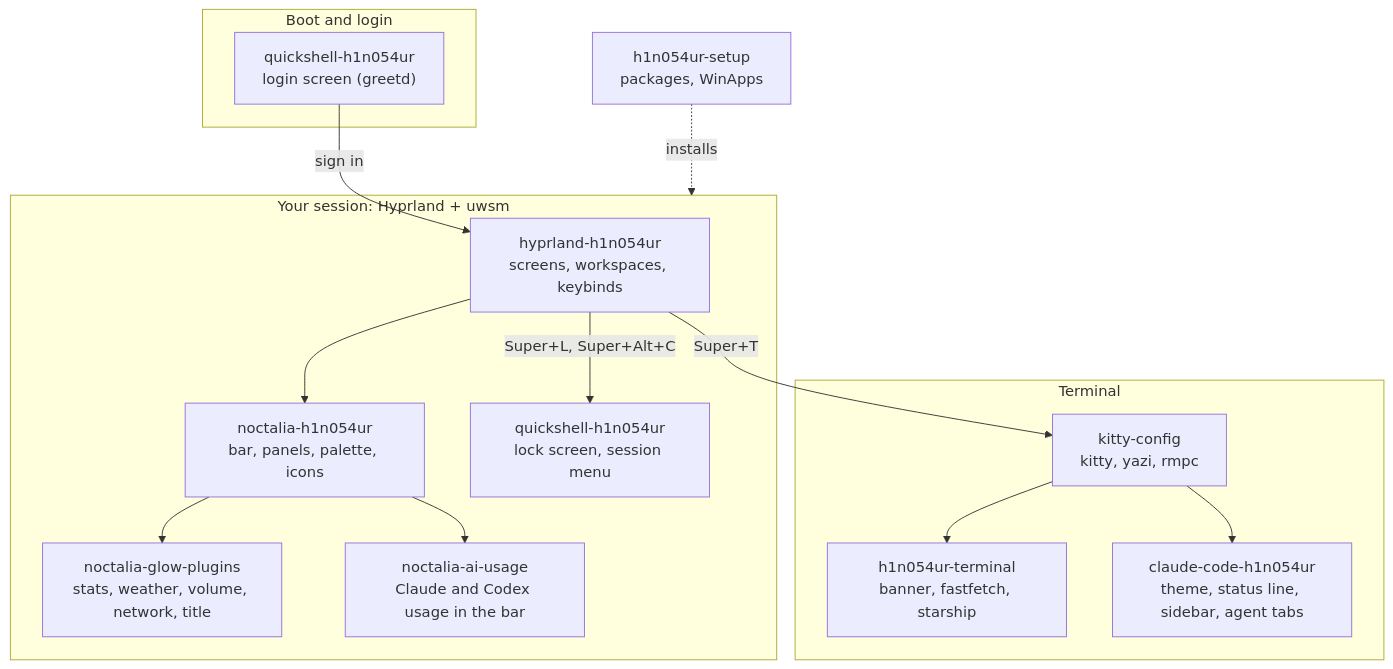
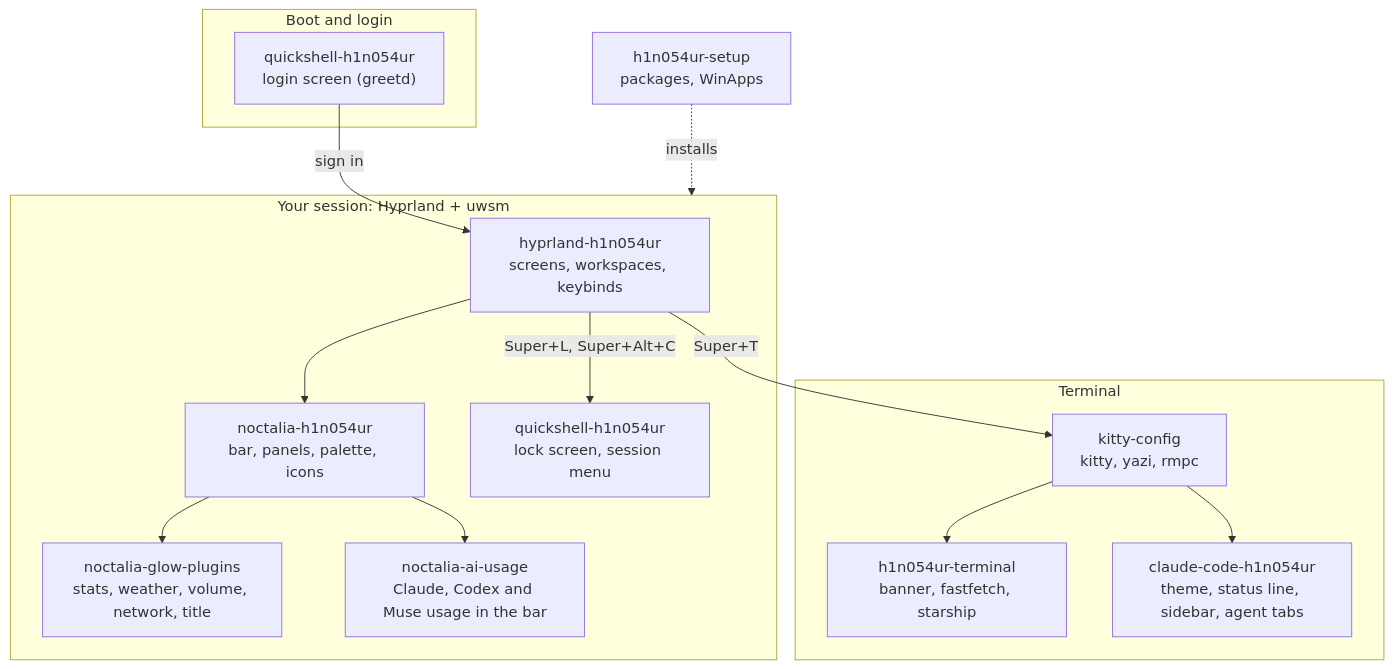
The diagram in README.md (h1n054ur/desktop), drawn with Mermaid before and after one commit. The commit also changed other lines of this file and 6 other files, not shown here.

Commit message:
feat(noctalia-ai-usage): wire the Muse Usage widget into the catalog, theme, installer and READMEs

````diff
--- a/README.md
+++ b/README.md
@@ -59,28 +59,28 @@
 ```mermaid
 flowchart TB
   subgraph boot["Boot and login"]
     GR["quickshell-h1n054ur<br/>login screen (greetd)"]
   end
   subgraph session["Your session: Hyprland + uwsm"]
     HY["hyprland-h1n054ur<br/>screens, workspaces, keybinds"]
     NT["noctalia-h1n054ur<br/>bar, panels, palette, icons"]
     GP["noctalia-glow-plugins<br/>stats, weather, volume, network, title"]
-    CS["noctalia-ai-usage<br/>Claude and Codex usage in the bar"]
+    CS["noctalia-ai-usage<br/>Claude, Codex and Muse usage in the bar"]
     LK["quickshell-h1n054ur<br/>lock screen, session menu"]
   end
   subgraph term["Terminal"]
     KT["kitty-config<br/>kitty, yazi, rmpc"]
     TM["h1n054ur-terminal<br/>banner, fastfetch, starship"]
     CC["claude-code-h1n054ur<br/>theme, status line, sidebar, agent tabs"]
   end
   ST["h1n054ur-setup<br/>packages, WinApps"]
   ST -.->|installs| session
   GR -->|"sign in"| HY
   HY --> NT
   NT --> GP
   NT --> CS
   HY -->|"Super+L, Super+Alt+C"| LK
   HY -->|"Super+T"| KT
   KT --> TM
   KT --> CC
 ```
````
